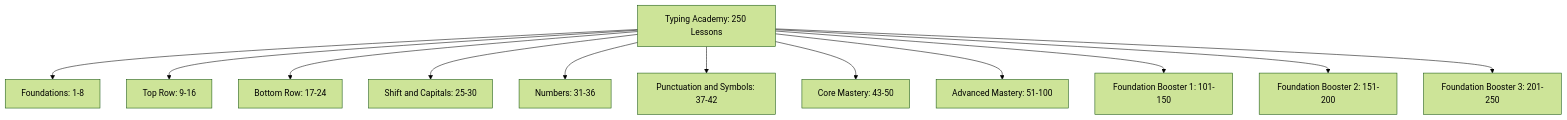
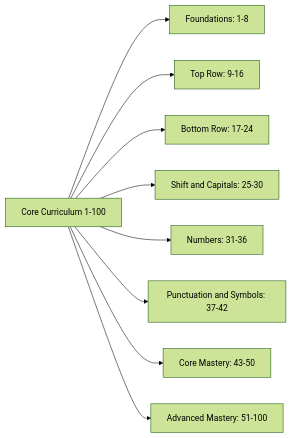
One commit to Arbab-ofc/Typing-Academy changed the first of 3 diagrams in README.md. Above: the diagram before and after it, drawn with Mermaid (forest theme). The commit also changed other lines of this file, not shown here.

Commit message:
Split curriculum diagram into smaller readable Mermaid maps

````diff
--- a/README.md
+++ b/README.md
@@ -130,15 +132,12 @@
 ```mermaid
-flowchart TD
-  A[Typing Academy: 250 Lessons]
+flowchart LR
+  A[Core Curriculum 1-100]
   A --> B[Foundations: 1-8]
   A --> C[Top Row: 9-16]
   A --> D[Bottom Row: 17-24]
   A --> E[Shift and Capitals: 25-30]
   A --> F[Numbers: 31-36]
   A --> G[Punctuation and Symbols: 37-42]
   A --> H[Core Mastery: 43-50]
   A --> I[Advanced Mastery: 51-100]
-  A --> J[Foundation Booster 1: 101-150]
-  A --> K[Foundation Booster 2: 151-200]
-  A --> L[Foundation Booster 3: 201-250]
 ```
````
